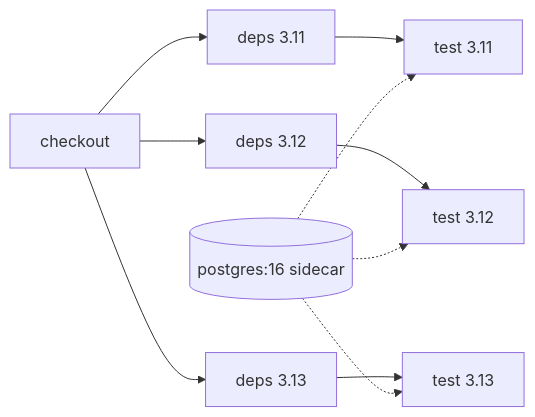
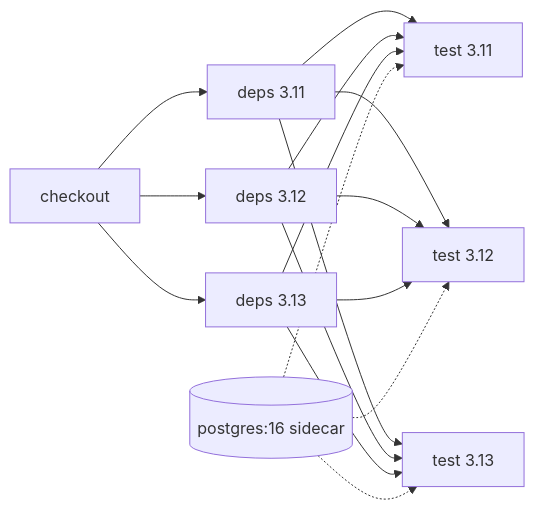
Before and after one commit to ankraio/ankra-docs: the third of 4 diagrams in pipelines/examples.mdx, drawn with Mermaid. The commit also changed other lines of this file and 1 other file, not shown here.

Commit message:
docs: the fact-check's rows: needs waits for every matrix leg, the agent decrypts manifests on either engine, the playground condition
pipelines/examples.mdx: the diagram now fans every deps leg into every test leg
(cluster enginekit/pipelineplan/plan.go:1206-1208: a stage that needs a matrix
stage depends on all of its legs), and the note under the YAML says so.
guides/cloudflare-tunnel.mdx: helm-secrets decrypts sealed add-on values on the
ArgoCD engine, the agent decrypts a sealed manifest such as this Secret on
either engine (agent go/internal/jobs/manifest.go:141-160); the playground
exception names its condition (another cluster of the organisation's own,
stopped or running; cluster go/internal/usecase/clusteragent/
sopskeyscope.go:33-46); step 3 of the How It Works list follows.

````diff
--- a/pipelines/examples.mdx
+++ b/pipelines/examples.mdx
@@ -236,8 +236,6 @@
 ```mermaid
 flowchart LR
     checkout --> d1[deps 3.11] & d2[deps 3.12] & d3[deps 3.13]
-    d1 --> t1[test 3.11]
-    d2 --> t2[test 3.12]
-    d3 --> t3[test 3.13]
+    d1 & d2 & d3 --> t1[test 3.11] & t2[test 3.12] & t3[test 3.13]
     pg[(postgres:16 sidecar)] -.-> t1 & t2 & t3
 ```
````
